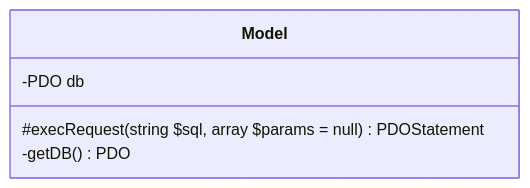
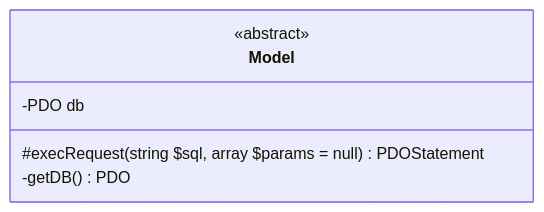
The third of 3 diagrams in README.md (L0mens/nyan-cat-project), drawn with Mermaid before and after one commit. The commit also changed other lines of this file and 1 other file, not shown here.

Commit message:
Explication Class Model + Abstract

````diff
--- a/README.md
+++ b/README.md
@@ -226,8 +226,9 @@
 ```mermaid
 classDiagram
 class Model {
+    <<abstract>>
     -PDO db
     #execRequest(string $sql, array $params = null) PDOStatement
     -getDB() PDO
 }
 ```
````
